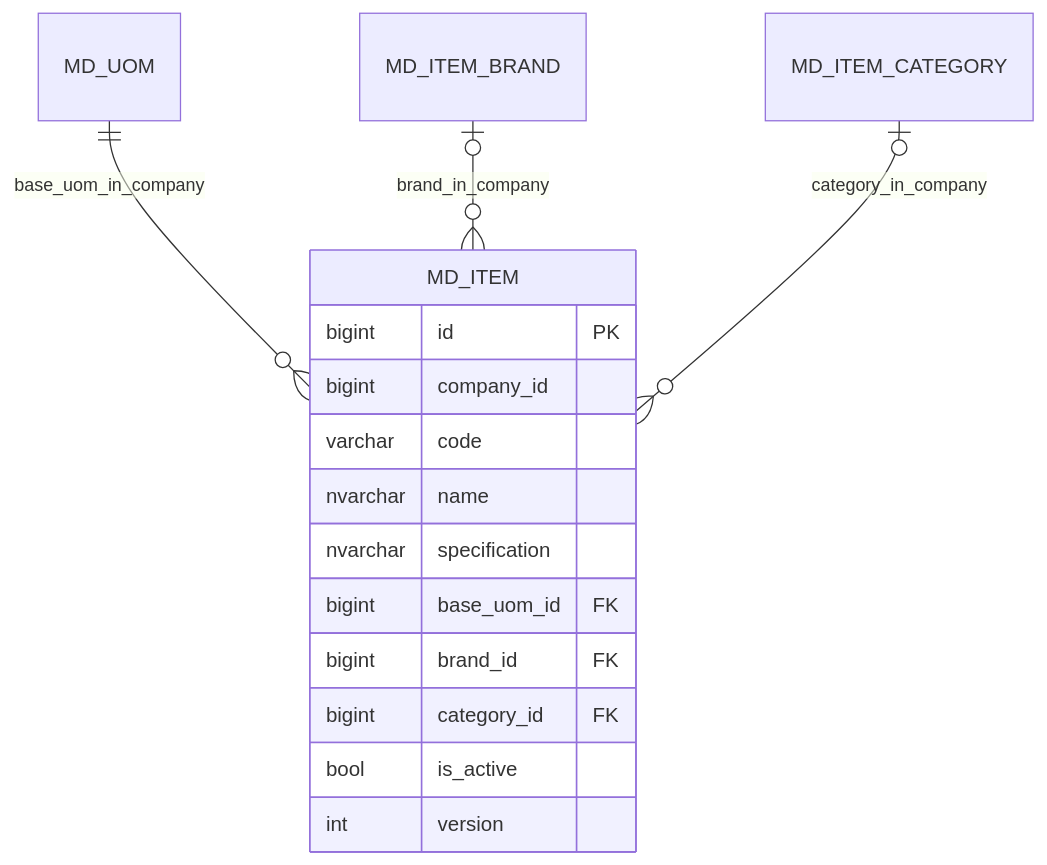
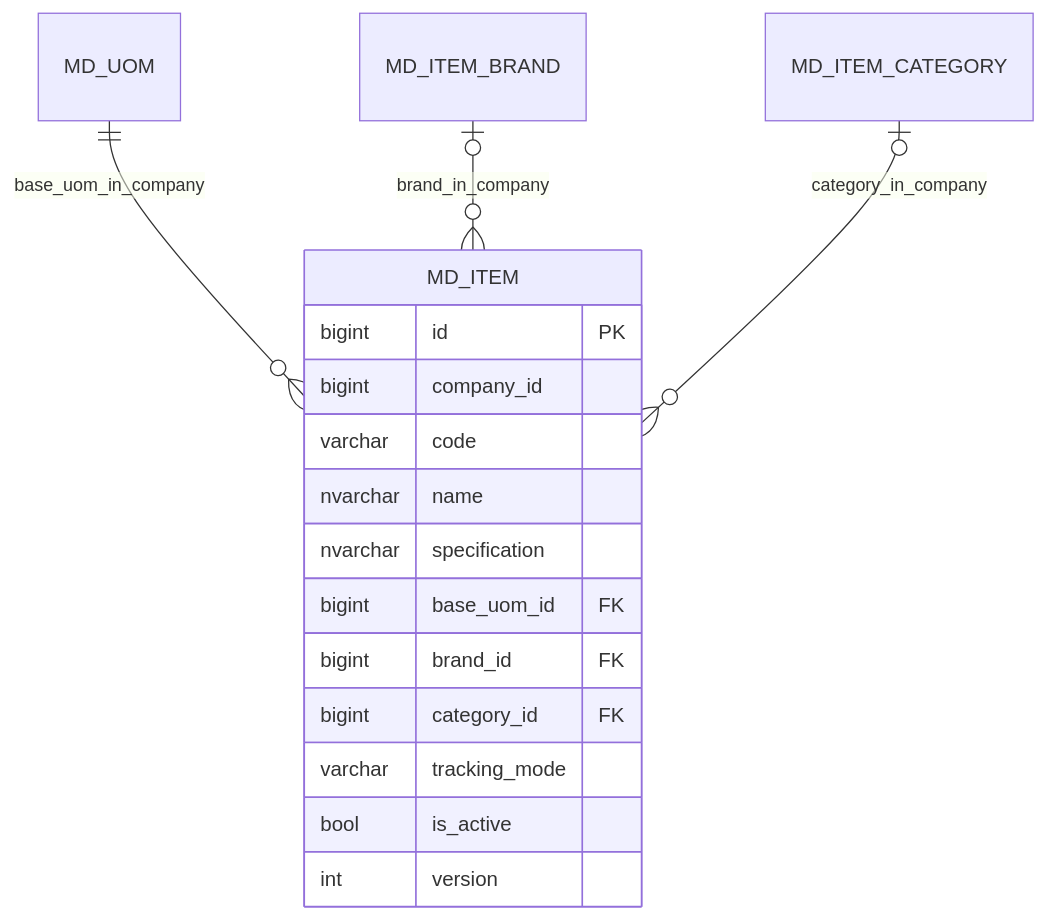
The eighth of 21 diagrams in docs/02-modules/MD/data-structure.md (snowwhite10/MyERP), drawn with Mermaid before and after one commit. The commit also changed other lines of this file and 36 other files, not shown here.

First line of the commit message:
feat(md): add item lot/serial tracking mode for inventory tracking

````diff
--- a/docs/02-modules/MD/data-structure.md
+++ b/docs/02-modules/MD/data-structure.md
@@ -194,18 +196,19 @@
 ```mermaid
 erDiagram
     MD_UOM ||--o{ MD_ITEM : base_uom_in_company
     MD_ITEM_BRAND |o--o{ MD_ITEM : brand_in_company
     MD_ITEM_CATEGORY |o--o{ MD_ITEM : category_in_company
     MD_ITEM {
         bigint id PK
         bigint company_id
         varchar code
         nvarchar name
         nvarchar specification
         bigint base_uom_id FK
         bigint brand_id FK
         bigint category_id FK
+        varchar tracking_mode
         bool is_active
         int version
     }
 ```
````
